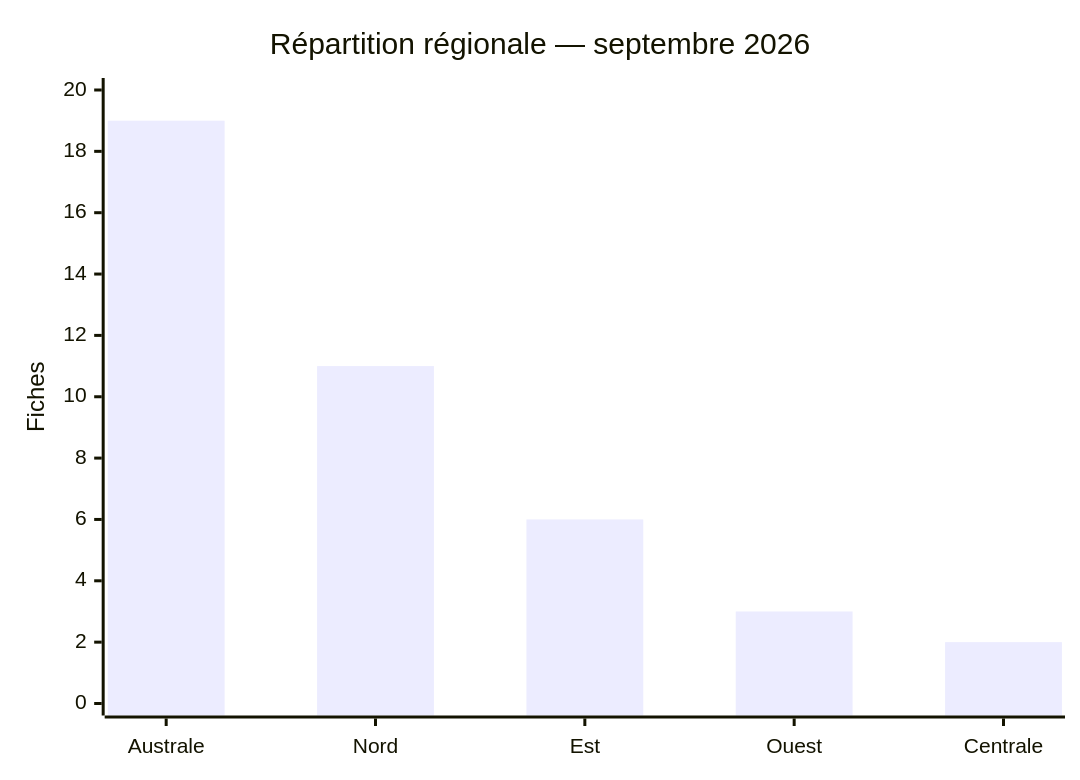
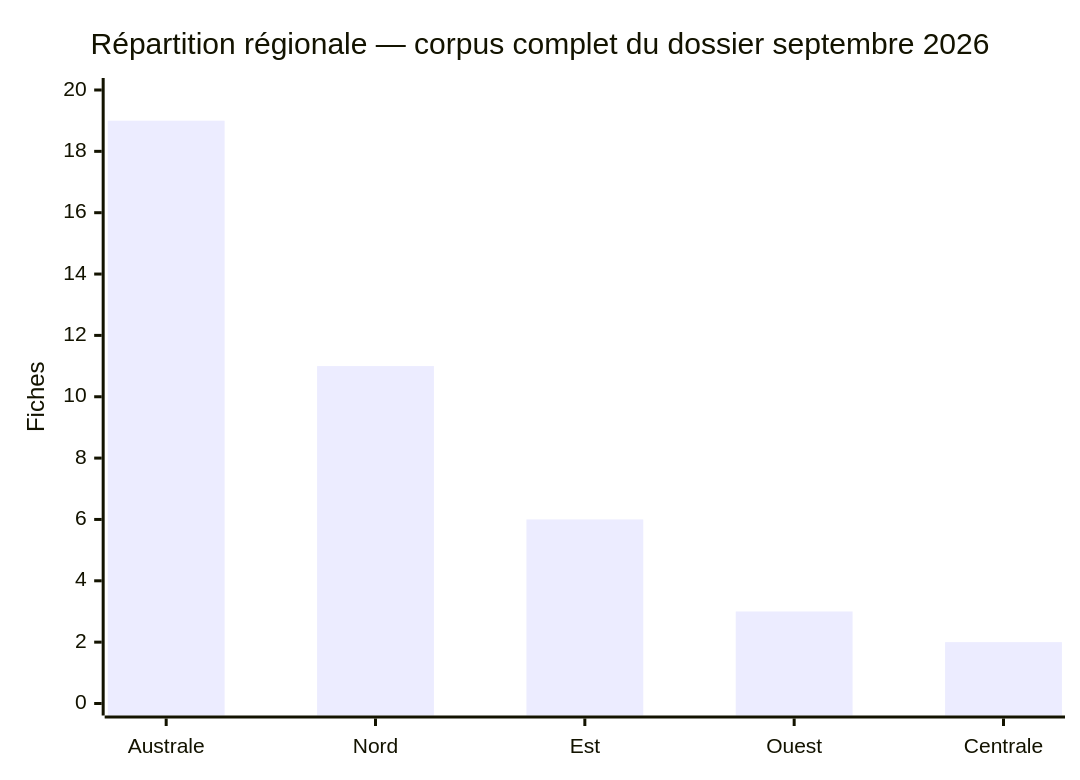
The fifth of 10 diagrams in CyberAttackAfrica/2026/09-september/README_FR.md (Hatchepsoute/AFRINTEL), drawn with Mermaid before and after one commit. The commit also changed other lines of this file and 30 other files, not shown here.

````diff
--- a/CyberAttackAfrica/2026/09-september/README_FR.md
+++ b/CyberAttackAfrica/2026/09-september/README_FR.md
@@ -128,7 +178,7 @@
 ```mermaid
 xychart-beta
-    title "Répartition régionale — septembre 2026"
+    title "Répartition régionale — corpus complet du dossier septembre 2026"
     x-axis [Australe, Nord, Est, Ouest, Centrale]
     y-axis "Fiches" 0 --> 20
     bar [19, 11, 6, 3, 2]
 ```
````
